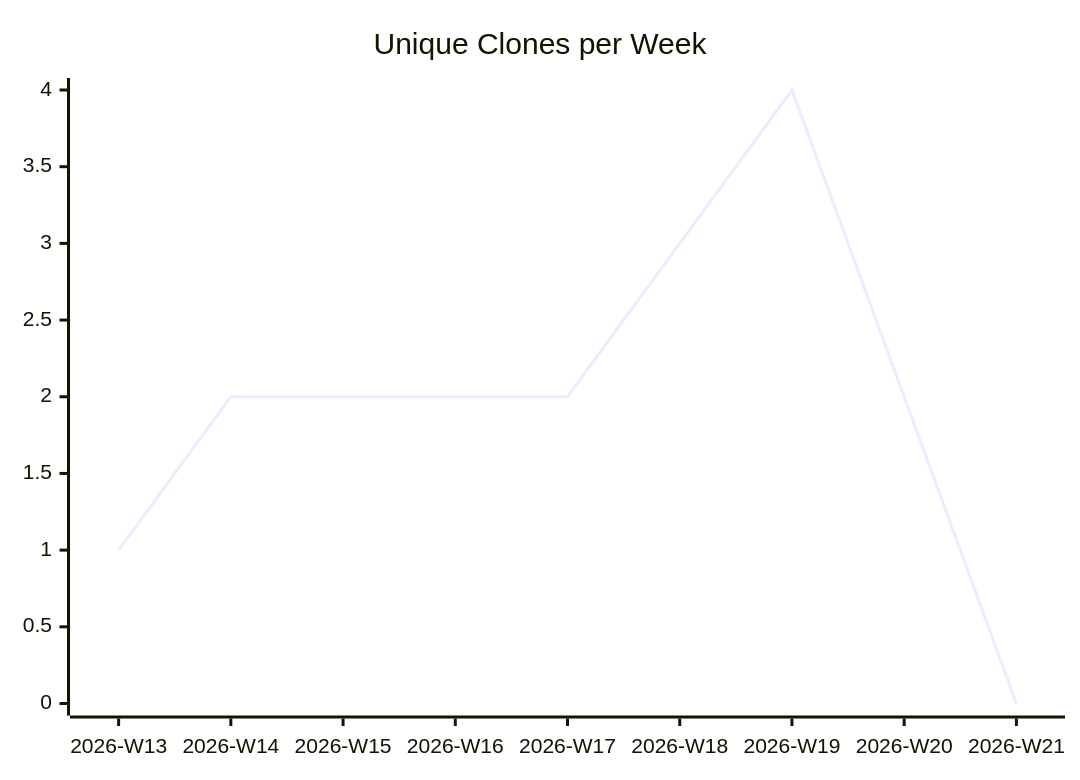
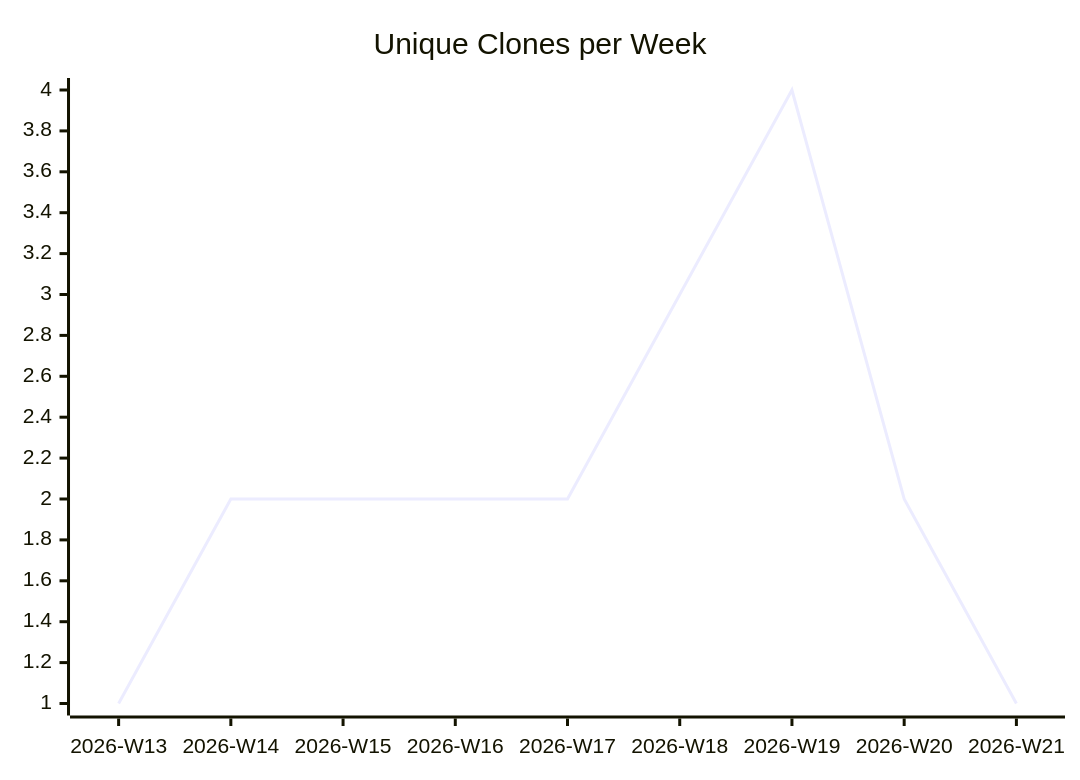
One commit to justdavis-family/github-analytics-data changed the third of 3 diagrams in karlmdavis/hello-rust-actix/README.md. Above: the diagram before and after it, drawn with Mermaid. The commit also changed other lines of this file and 189 other files, not shown here.

````diff
--- a/karlmdavis/hello-rust-actix/README.md
+++ b/karlmdavis/hello-rust-actix/README.md
@@ -19,6 +19,6 @@
 ```mermaid
 xychart-beta
   title "Unique Clones per Week"
   x-axis ["2026-W13", "2026-W14", "2026-W15", "2026-W16", "2026-W17", "2026-W18", "2026-W19", "2026-W20", "2026-W21"]
-  line [1, 2, 2, 2, 2, 3, 4, 2, 0]
+  line [1, 2, 2, 2, 2, 3, 4, 2, 1]
 ```
````
